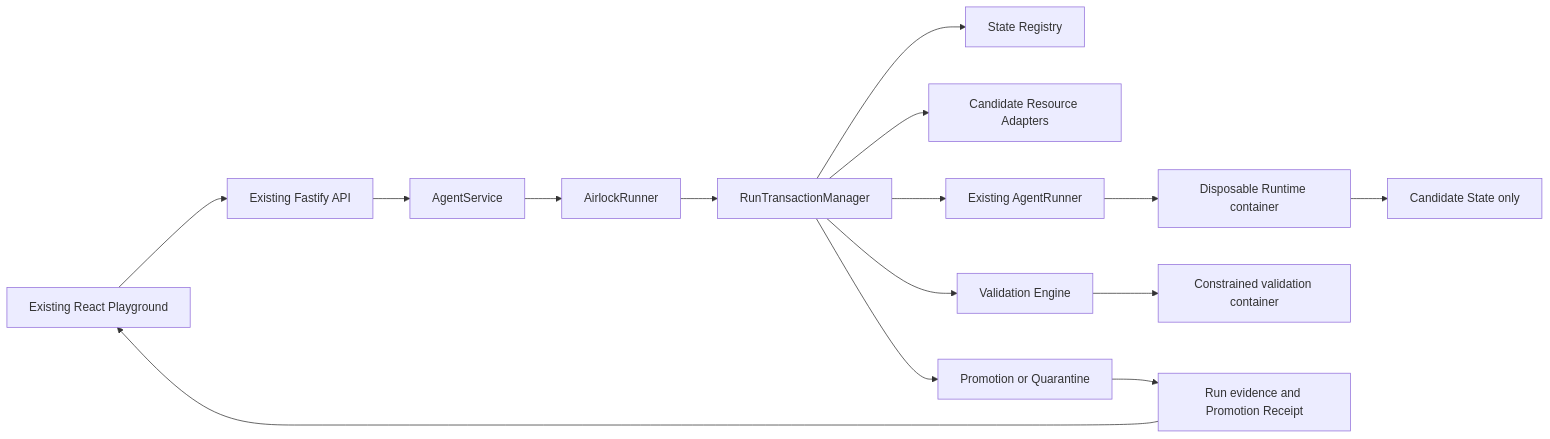
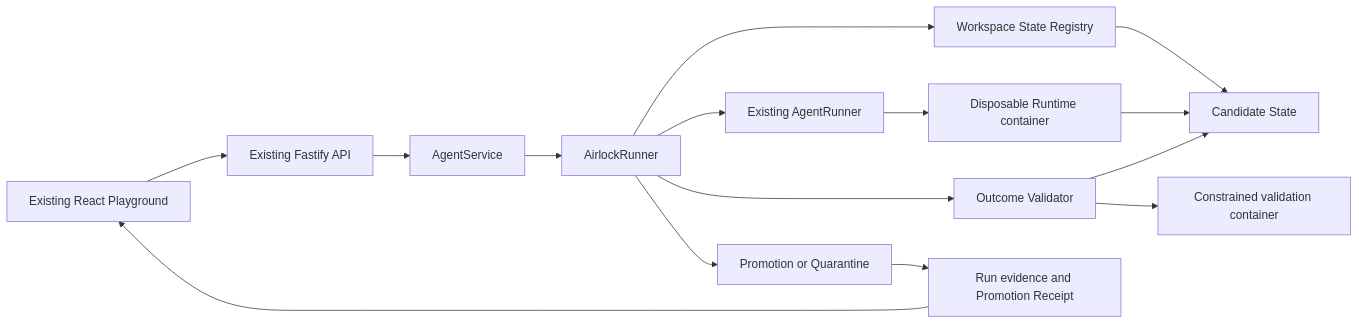
One commit to Kk120306/agent-airlock changed the first of 2 diagrams in docs/architecture/agent-airlock.md. Above: the diagram before and after it, drawn with Mermaid. The commit also changed other lines of this file and 29 other files, not shown here.

````diff
--- a/docs/architecture/agent-airlock.md
+++ b/docs/architecture/agent-airlock.md
@@ -16,17 +16,17 @@
 ```mermaid
 flowchart LR
     UI["Existing React Playground"] --> API["Existing Fastify API"]
     API --> AS["AgentService"]
     AS --> AR["AirlockRunner"]
-    AR --> TM["RunTransactionManager"]
-    TM --> SR["State Registry"]
-    TM --> CR["Candidate Resource Adapters"]
-    TM --> RR["Existing AgentRunner"]
+    AR --> SR["Workspace State Registry"]
+    SR --> CS["Candidate State"]
+    AR --> RR["Existing AgentRunner"]
     RR --> RC["Disposable Runtime container"]
-    RC --> CS["Candidate State only"]
-    TM --> VE["Validation Engine"]
+    RC --> CS
+    AR --> VE["Outcome Validator"]
     VE --> VC["Constrained validation container"]
-    TM --> PR["Promotion or Quarantine"]
+    VE --> CS
+    AR --> PR["Promotion or Quarantine"]
     PR --> ST["Run evidence and Promotion Receipt"]
     ST --> UI
 ```
````
